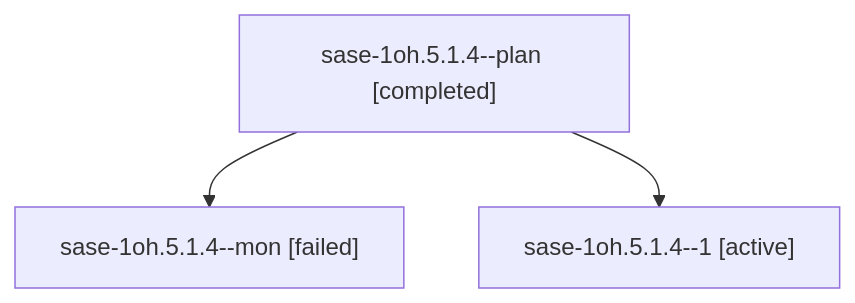
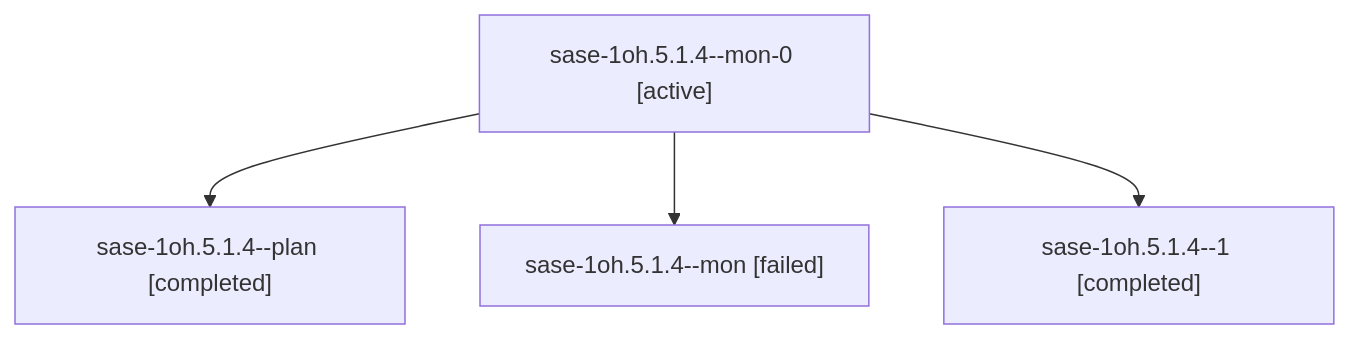
Before and after one commit to sase-org/sase--agents: the diagram in sessions/bbugyi200.athena.sase-1oh.5.1.4.md, drawn with Mermaid. The commit also changed other lines of this file and 42 other files, not shown here.

````diff
--- a/sessions/bbugyi200.athena.sase-1oh.5.1.4.md
+++ b/sessions/bbugyi200.athena.sase-1oh.5.1.4.md
@@ -9,8 +9,10 @@
 ```mermaid
 flowchart TD
-  n0["sase-1oh.5.1.4--plan [completed]"]
-  n1["sase-1oh.5.1.4--mon [failed]"]
+  n0["sase-1oh.5.1.4--mon-0 [active]"]
+  n1["sase-1oh.5.1.4--plan [completed]"]
   n0 --> n1
-  n2["sase-1oh.5.1.4--1 [active]"]
+  n2["sase-1oh.5.1.4--mon [failed]"]
   n0 --> n2
+  n3["sase-1oh.5.1.4--1 [completed]"]
+  n0 --> n3
 ```
````
